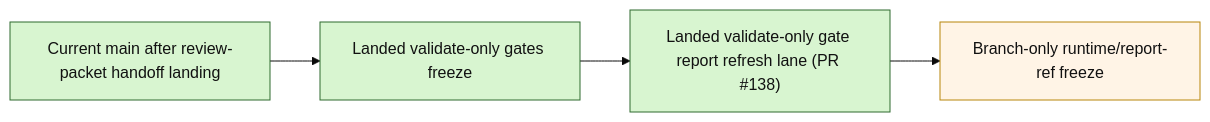
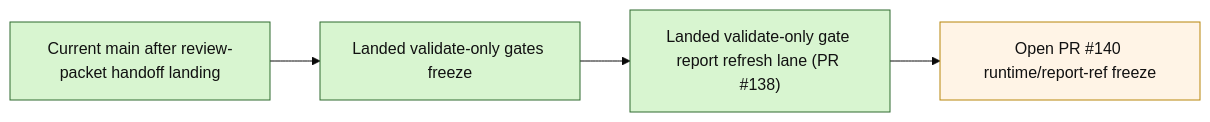
One commit to benjmcd/project6_REPO_MCP_FOLDER changed the second of 2 diagrams in next_milestone_plans/layer3_progress_board.md. Above: the diagram before and after it, drawn with Mermaid (base theme). The commit also changed other lines of this file and 9 other files, not shown here.

Commit message:
docs(layer3): sync validate-only runtime pr state

````diff
--- a/next_milestone_plans/layer3_progress_board.md
+++ b/next_milestone_plans/layer3_progress_board.md
@@ -190,13 +190,13 @@
 ```mermaid
 flowchart LR
     A["Current main after review-packet handoff landing"] --> B["Landed validate-only gates freeze"]
     B --> C["Landed validate-only gate report refresh lane (PR #138)"]
-    C --> D["Branch-only runtime/report-ref freeze"]
+    C --> D["Open PR #140 runtime/report-ref freeze"]
 
     classDef done fill:#d8f5d0,stroke:#2f6b2f,color:#111;
     classDef next fill:#fff4e6,stroke:#b8860b,color:#111;
     classDef future fill:#e8e8e8,stroke:#666,color:#111;
 
     class A,B,C done;
     class D next;
 ```
````
